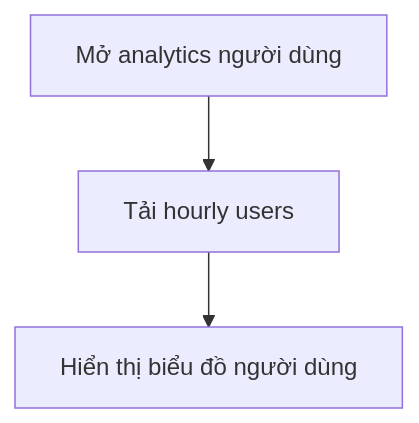
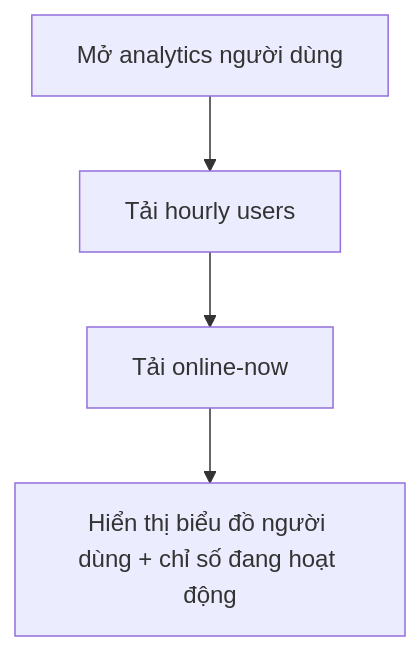
Before and after one commit to NguyenPhuc-Du/StreetFood: diagram 40 of 47 in prd.md, drawn with Mermaid. The commit also changed other lines of this file, not shown here.

````diff
--- a/prd.md
+++ b/prd.md
@@ -1229,5 +1241,6 @@
 ```mermaid
 flowchart TD
     M0[Mở analytics người dùng] --> M1[Tải hourly users]
-    M1 --> M2[Hiển thị biểu đồ người dùng]
+    M1 --> M2[Tải online-now]
+    M2 --> M3[Hiển thị biểu đồ người dùng + chỉ số đang hoạt động]
 ```
````
